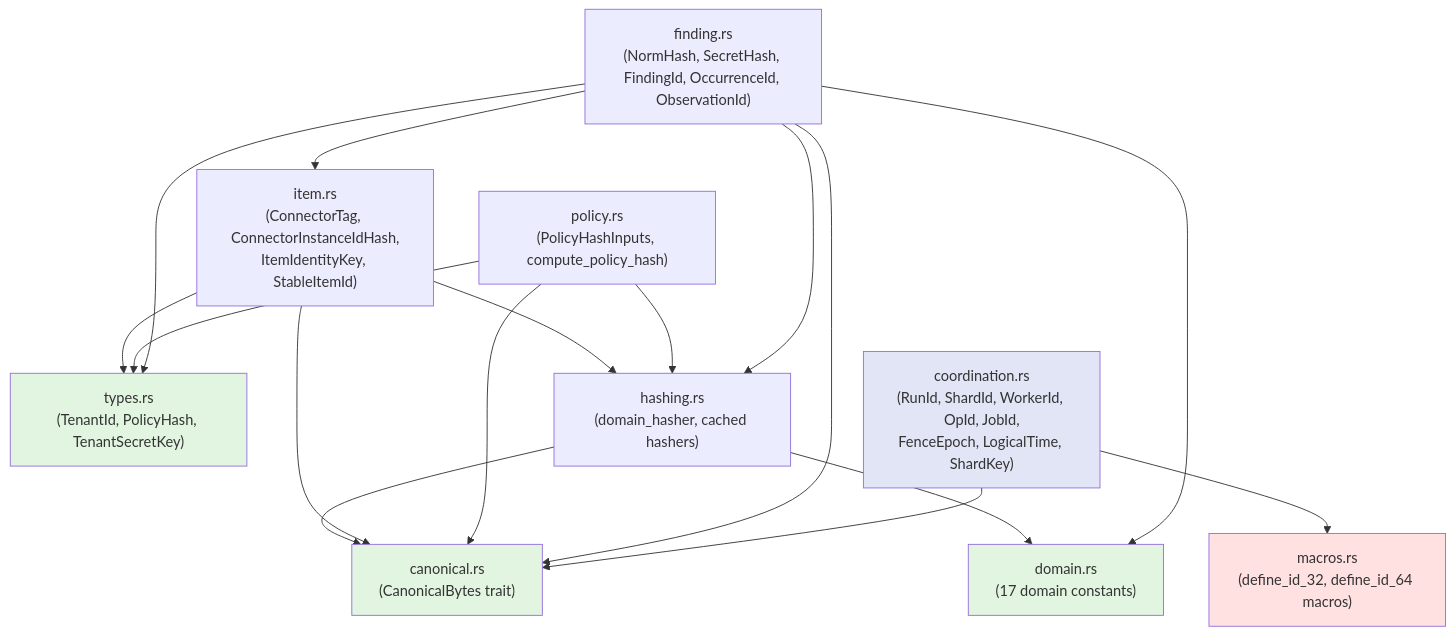
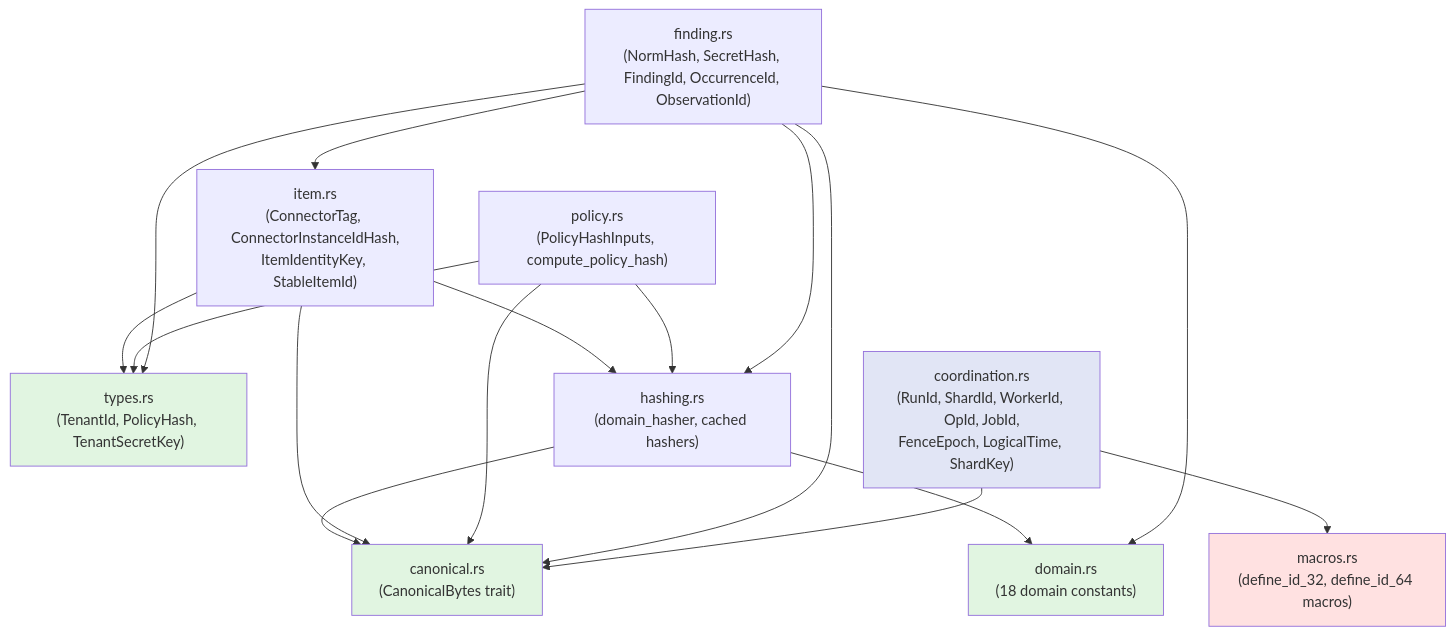
The first of 2 diagrams in 02-boundary-1-identity-spine/01-identity-problem-space.md (ahrav/gossip-rs-learning-guide), drawn with Mermaid before and after one commit. The commit also changed other lines of this file and 15 other files, not shown here.

````diff
--- a/02-boundary-1-identity-spine/01-identity-problem-space.md
+++ b/02-boundary-1-identity-spine/01-identity-problem-space.md
@@ -51,34 +51,34 @@
 ```mermaid
 graph TD
     types["types.rs<br/>(TenantId, PolicyHash, TenantSecretKey)"]
     canonical["canonical.rs<br/>(CanonicalBytes trait)"]
-    domain["domain.rs<br/>(17 domain constants)"]
+    domain["domain.rs<br/>(18 domain constants)"]
     hashing["hashing.rs<br/>(domain_hasher, cached hashers)"]
     item["item.rs<br/>(ConnectorTag, ConnectorInstanceIdHash,<br/>ItemIdentityKey, StableItemId)"]
     policy["policy.rs<br/>(PolicyHashInputs, compute_policy_hash)"]
     finding["finding.rs<br/>(NormHash, SecretHash, FindingId, OccurrenceId, ObservationId)"]
     macros["macros.rs<br/>(define_id_32, define_id_64 macros)"]
     coordination["coordination.rs<br/>(RunId, ShardId, WorkerId, OpId, JobId,<br/>FenceEpoch, LogicalTime, ShardKey)"]
 
     hashing --> domain
     hashing --> canonical
     item --> types
     item --> canonical
     item --> hashing
     policy --> types
     policy --> canonical
     policy --> hashing
     finding --> types
     finding --> canonical
     finding --> hashing
     finding --> domain
     finding --> item
     coordination --> macros
     coordination --> canonical
 
     style types fill:#e1f5e1
     style canonical fill:#e1f5e1
     style domain fill:#e1f5e1
     style macros fill:#ffe1e1
     style coordination fill:#e1e5f5
 ```
````
